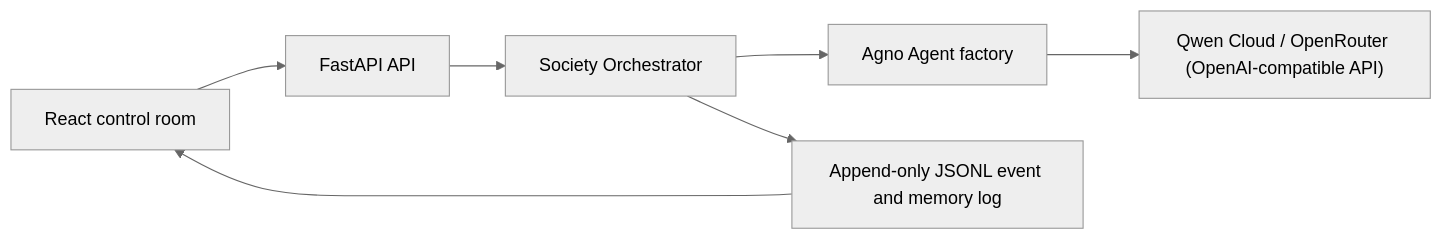
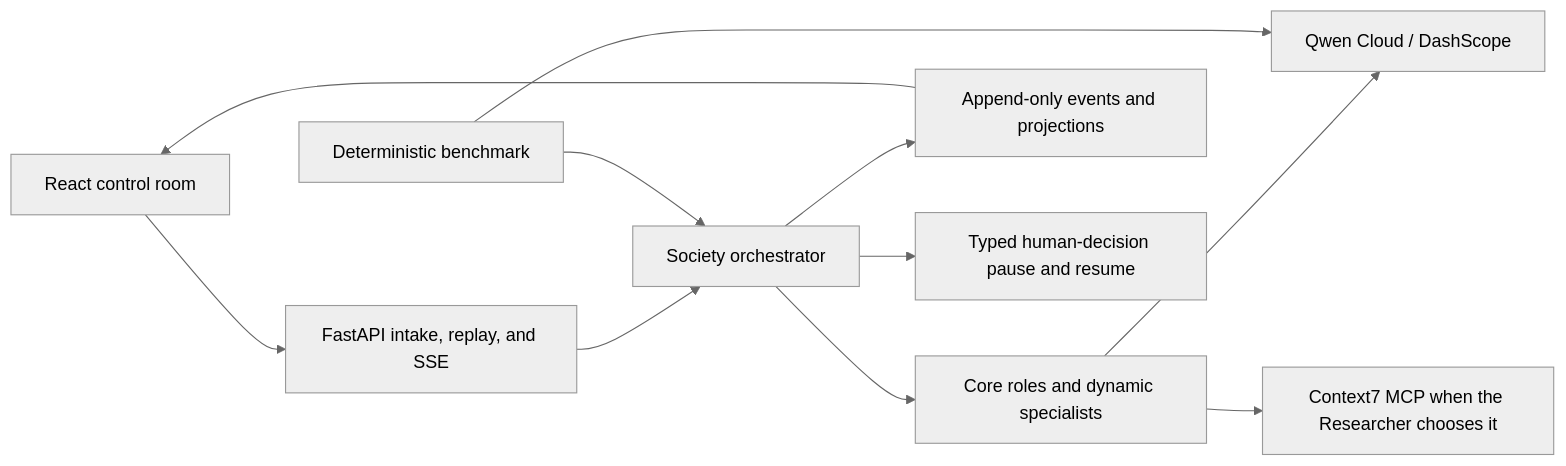
The diagram in README.md (yamedoff/qwendom), drawn with Mermaid (neutral theme) before and after one commit. The commit also changed other lines of this file and 16 other files, not shown here.

````diff
--- a/README.md
+++ b/README.md
@@ -115,9 +125,13 @@
 ```mermaid
 flowchart LR
-  UI["React control room"] --> API["FastAPI API"]
-  API --> ORCH["Society Orchestrator"]
-  ORCH --> AGNO["Agno Agent factory"]
-  AGNO --> QWEN["Qwen Cloud / OpenRouter (OpenAI-compatible API)"]
-  ORCH --> LOG["Append-only JSONL event and memory log"]
-  LOG --> UI
+  UI["React control room"] --> API["FastAPI intake, replay, and SSE"]
+  API --> ORCH["Society orchestrator"]
+  ORCH --> TEAM["Core roles and dynamic specialists"]
+  TEAM --> QWEN["Qwen Cloud / DashScope"]
+  TEAM --> C7["Context7 MCP when the Researcher chooses it"]
+  ORCH --> EVENTS["Append-only events and projections"]
+  EVENTS --> UI
+  ORCH --> HITL["Typed human-decision pause and resume"]
+  BENCH["Deterministic benchmark"] --> QWEN
+  BENCH --> ORCH
 ```
````
